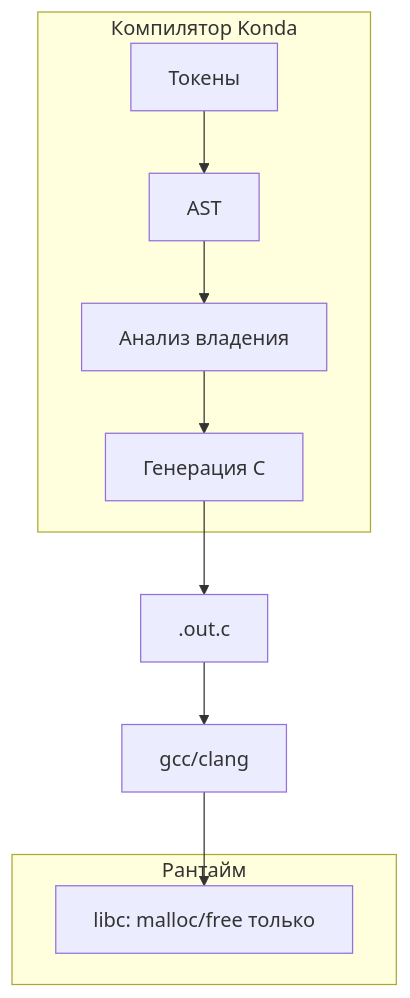
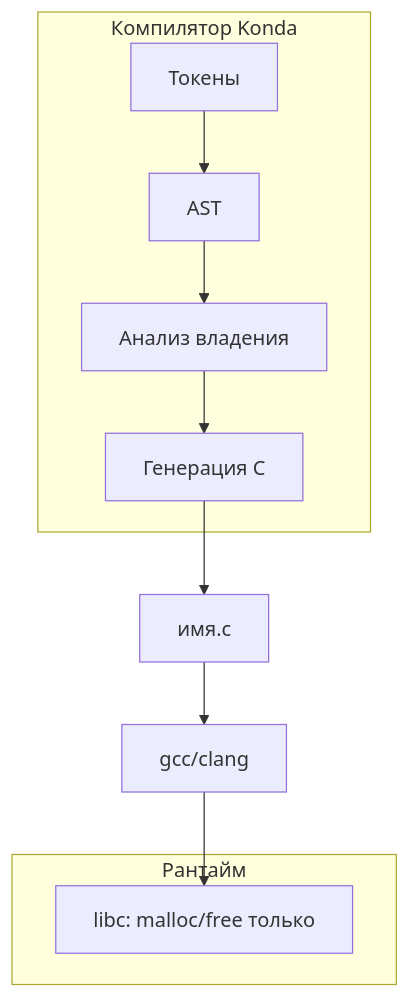
One commit to daniliammo/Konda changed the diagram in АРХИТЕКТУРА_ТРАНСПИЛЯТОРА.md. Above: the diagram before and after it, drawn with Mermaid. The commit also changed other lines of this file and 16 other files, not shown here.

````diff
--- a/АРХИТЕКТУРА_ТРАНСПИЛЯТОРА.md
+++ b/АРХИТЕКТУРА_ТРАНСПИЛЯТОРА.md
@@ -338,16 +342,16 @@
 ```mermaid
 flowchart TD
     subgraph compile [Компилятор Konda]
         T[Токены]
         A[AST]
         O[Анализ владения]
         G[Генерация C]
         T --> A --> O --> G
     end
     subgraph runtime [Рантайм]
         libc[libc: malloc/free только]
     end
-    G --> Cfile[.out.c]
+    G --> Cfile[имя.c]
     Cfile --> gcc[gcc/clang]
     gcc --> libc
 ```
````
